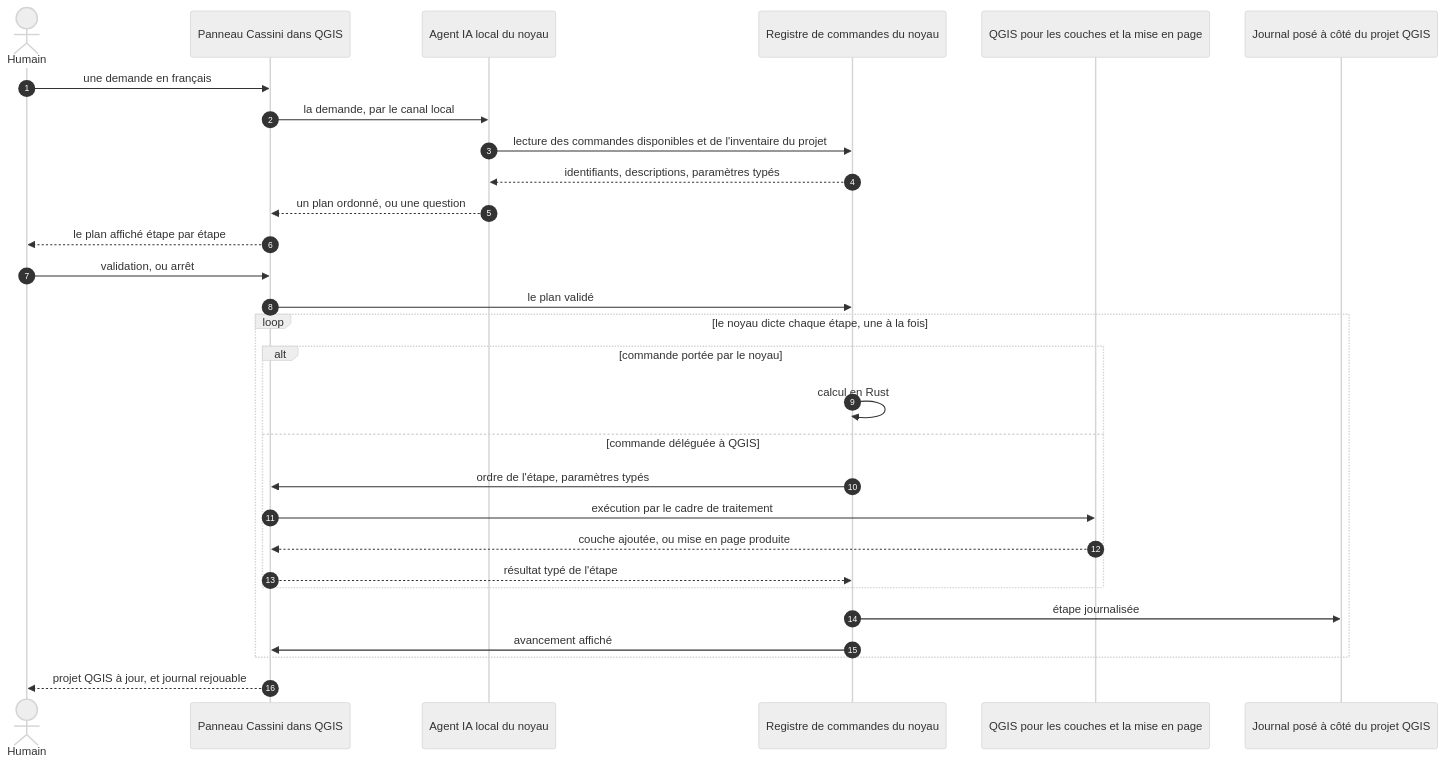
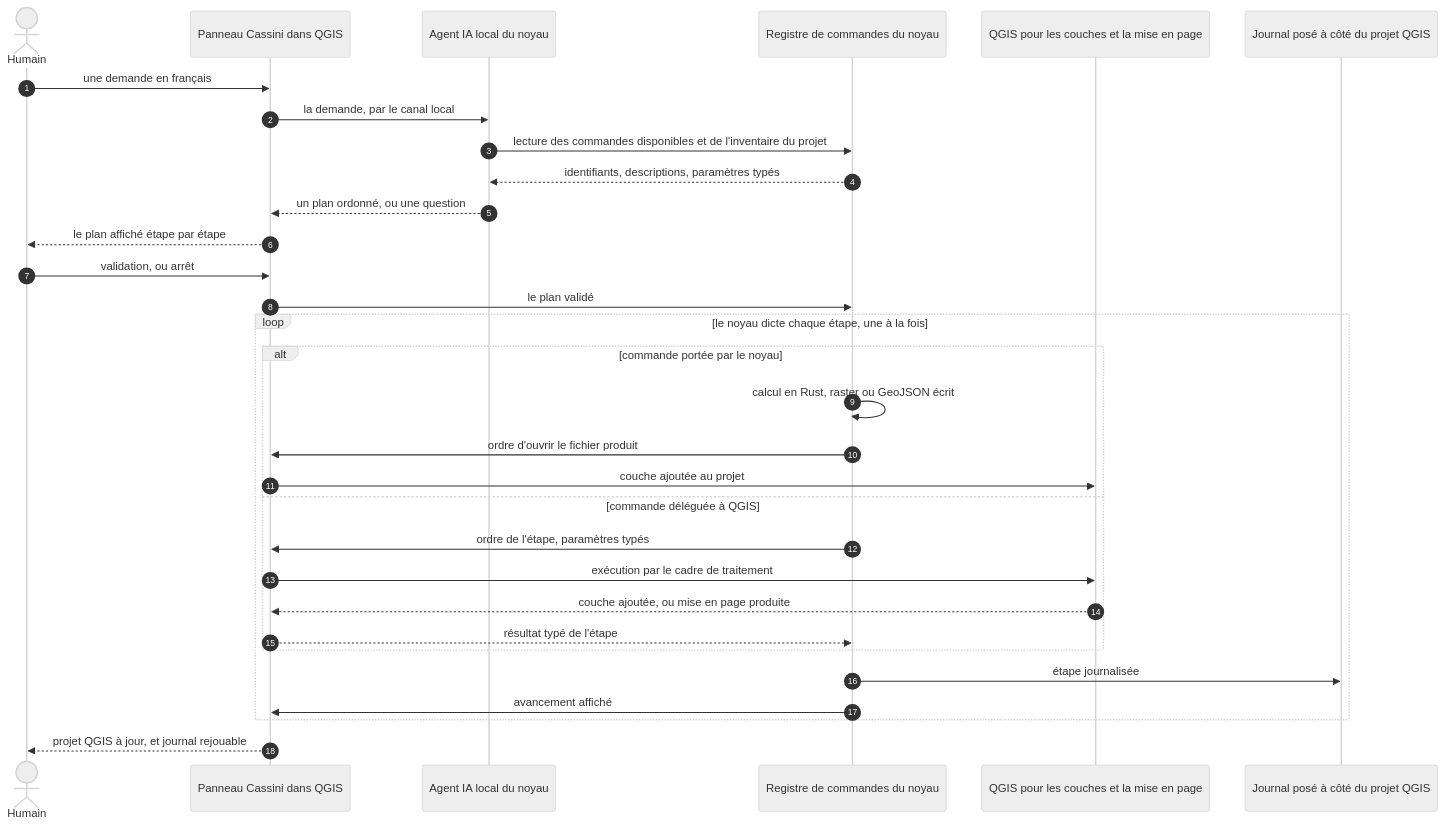
The second of 3 diagrams in README.md (Kevzi/cassini-gis), drawn with Mermaid (neutral theme) before and after one commit. The commit also changed other lines of this file and 1 other file, not shown here.

````diff
--- a/README.md
+++ b/README.md
@@ -238,32 +294,34 @@
 ```mermaid
 sequenceDiagram
     autonumber
     actor Humain
     participant Panneau as Panneau Cassini dans QGIS
     participant Agent as Agent IA local du noyau
     participant Registre as Registre de commandes du noyau
     participant QGIS as QGIS pour les couches et la mise en page
     participant Journal as Journal posé à côté du projet QGIS
 
     Humain->>Panneau: une demande en français
     Panneau->>Agent: la demande, par le canal local
     Agent->>Registre: lecture des commandes disponibles et de l'inventaire du projet
     Registre-->>Agent: identifiants, descriptions, paramètres typés
     Agent-->>Panneau: un plan ordonné, ou une question
     Panneau-->>Humain: le plan affiché étape par étape
     Humain->>Panneau: validation, ou arrêt
     Panneau->>Registre: le plan validé
     loop le noyau dicte chaque étape, une à la fois
         alt commande portée par le noyau
-            Registre->>Registre: calcul en Rust
+            Registre->>Registre: calcul en Rust, raster ou GeoJSON écrit
+            Registre->>Panneau: ordre d'ouvrir le fichier produit
+            Panneau->>QGIS: couche ajoutée au projet
         else commande déléguée à QGIS
             Registre->>Panneau: ordre de l'étape, paramètres typés
             Panneau->>QGIS: exécution par le cadre de traitement
             QGIS-->>Panneau: couche ajoutée, ou mise en page produite
             Panneau-->>Registre: résultat typé de l'étape
         end
         Registre->>Journal: étape journalisée
         Registre->>Panneau: avancement affiché
     end
     Panneau-->>Humain: projet QGIS à jour, et journal rejouable
 ```
````
